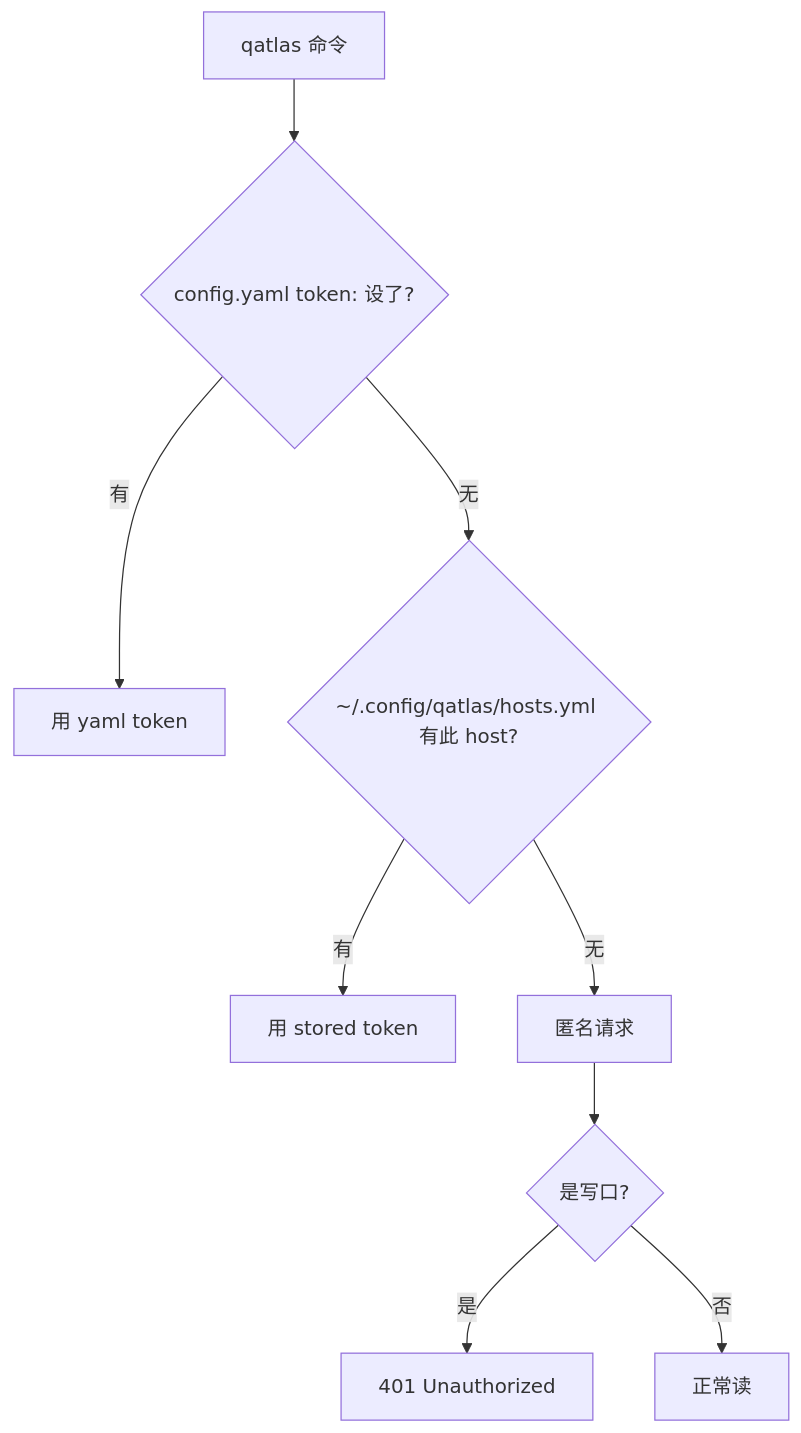
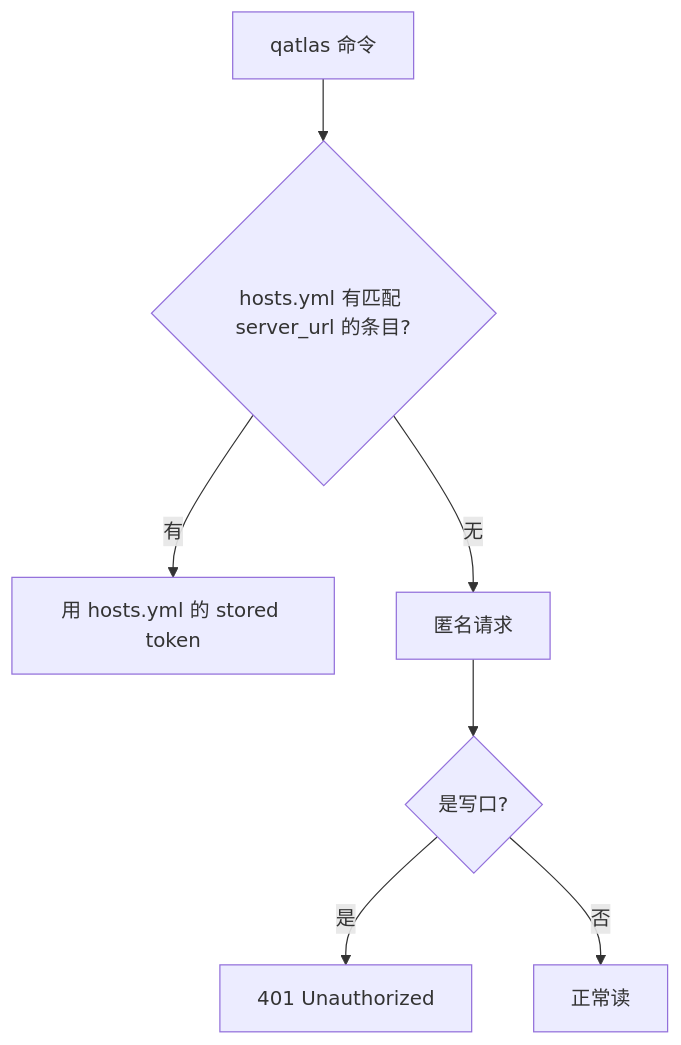
Before and after one commit to IAI-USTC-Quantum/QuantumAtlas: the diagram in docs/guides/manage-credentials.md, drawn with Mermaid. The commit also changed other lines of this file and 23 other files, not shown here.

````diff
--- a/docs/guides/manage-credentials.md
+++ b/docs/guides/manage-credentials.md
@@ -165,11 +163,9 @@
 ```mermaid
 flowchart TD
-    A[qatlas 命令] --> D{config.yaml token: 设了?}
-    D -->|有| H3[用 yaml token]
-    D -->|无| E{~/.config/qatlas/hosts.yml 有此 host?}
-    E -->|有| H4[用 stored token]
+    A[qatlas 命令] --> E{hosts.yml 有匹配 server_url 的条目?}
+    E -->|有| H4[用 hosts.yml 的 stored token]
     E -->|无| H5[匿名请求]
     H5 --> F{是写口?}
     F -->|是| R401[401 Unauthorized]
     F -->|否| OK[正常读]
 ```
````
